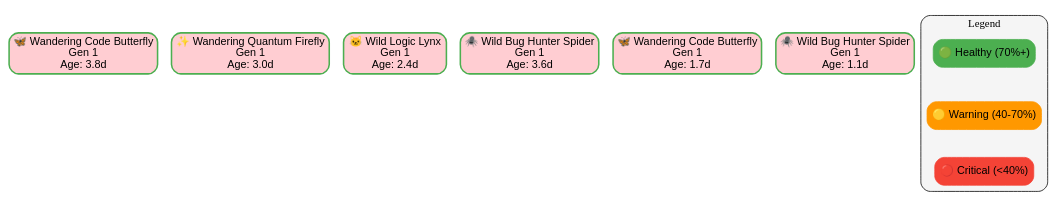
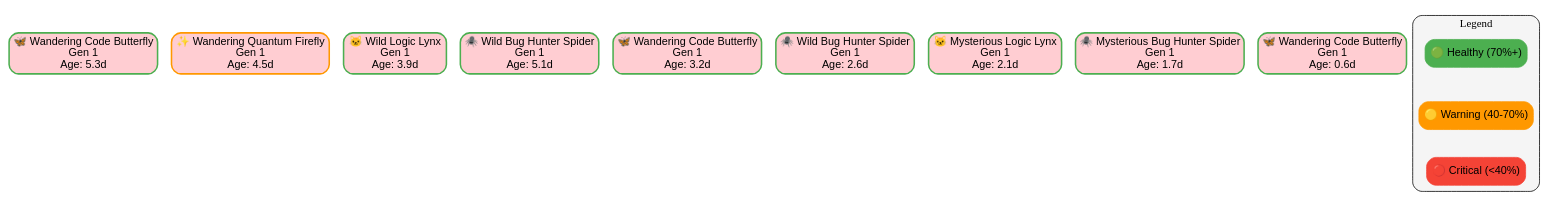
The diagram in .ecosystem/visualizations/family_tree.dot (batmac/digital-ecosystem), drawn with Graphviz before and after one commit. The commit also changed 7 other files, not shown here.

```diff
--- a/.ecosystem/visualizations/family_tree.dot
+++ b/.ecosystem/visualizations/family_tree.dot
@@ -1,65 +1,86 @@
 
 digraph EcosystemFamilyTree {
     rankdir=TB;
     node [shape=box, style="rounded,filled", fontname="Arial"];
     edge [fontname="Arial"];
     
     // Style pour différentes générations
     node [fillcolor="#E3F2FD"];
 
         "code_butterfly_1753392858_5357" [
-            label="🦋 Wandering Code Butterfly\nGen 1\nAge: 3.8d",
+            label="🦋 Wandering Code Butterfly\nGen 1\nAge: 5.3d",
             fillcolor="#FFCDD2",
             color="#4CAF50",
             penwidth=2
         ];
     
         "quantum_firefly_1753393678_6656" [
-            label="✨ Wandering Quantum Firefly\nGen 1\nAge: 3.0d",
+            label="✨ Wandering Quantum Firefly\nGen 1\nAge: 4.5d",
             fillcolor="#FFCDD2",
-            color="#4CAF50",
+            color="#FF9800",
             penwidth=2
         ];
     
         "logic_lynx_1753394863_7694" [
-            label="🐱 Wild Logic Lynx\nGen 1\nAge: 2.4d",
+            label="🐱 Wild Logic Lynx\nGen 1\nAge: 3.9d",
             fillcolor="#FFCDD2",
             color="#4CAF50",
             penwidth=2
         ];
     
         "bug_hunter_spider_1753395214_1998" [
-            label="🕷️ Wild Bug Hunter Spider\nGen 1\nAge: 3.6d",
+            label="🕷️ Wild Bug Hunter Spider\nGen 1\nAge: 5.1d",
             fillcolor="#FFCDD2",
             color="#4CAF50",
             penwidth=2
         ];
     
         "code_butterfly_1753397153_5909" [
-            label="🦋 Wandering Code Butterfly\nGen 1\nAge: 1.7d",
+            label="🦋 Wandering Code Butterfly\nGen 1\nAge: 3.2d",
             fillcolor="#FFCDD2",
             color="#4CAF50",
             penwidth=2
         ];
     
         "bug_hunter_spider_1753401059_2910" [
-            label="🕷️ Wild Bug Hunter Spider\nGen 1\nAge: 1.1d",
+            label="🕷️ Wild Bug Hunter Spider\nGen 1\nAge: 2.6d",
+            fillcolor="#FFCDD2",
+            color="#4CAF50",
+            penwidth=2
+        ];
+    
+        "logic_lynx_1753403721_9188" [
+            label="🐱 Mysterious Logic Lynx\nGen 1\nAge: 2.1d",
+            fillcolor="#FFCDD2",
+            color="#4CAF50",
+            penwidth=2
+        ];
+    
+        "bug_hunter_spider_1753404040_5672" [
+            label="🕷️ Mysterious Bug Hunter Spider\nGen 1\nAge: 1.7d",
+            fillcolor="#FFCDD2",
+            color="#4CAF50",
+            penwidth=2
+        ];
+    
+        "code_butterfly_1753404111_1732" [
+            label="🦋 Wandering Code Butterfly\nGen 1\nAge: 0.6d",
             fillcolor="#FFCDD2",
             color="#4CAF50",
             penwidth=2
         ];
     
     
     // Légende
     subgraph cluster_legend {
         label="Legend";
         style="rounded,filled";
         fillcolor="#F5F5F5";
         
         legend1 [label="🟢 Healthy (70%+)", fillcolor="#4CAF50", color="#4CAF50"];
         legend2 [label="🟡 Warning (40-70%)", fillcolor="#FF9800", color="#FF9800"];
         legend3 [label="🔴 Critical (<40%)", fillcolor="#F44336", color="#F44336"];
         
         legend1 -> legend2 -> legend3 [style=invis];
     }
 }
```
